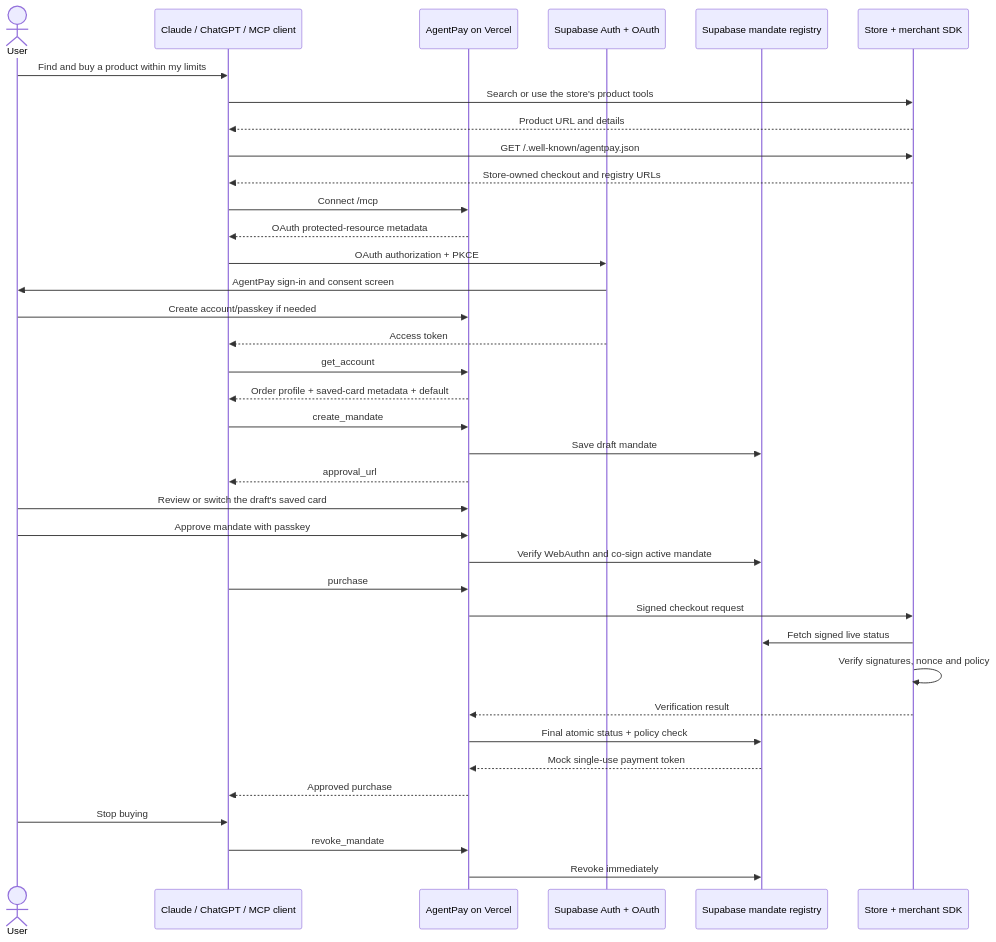
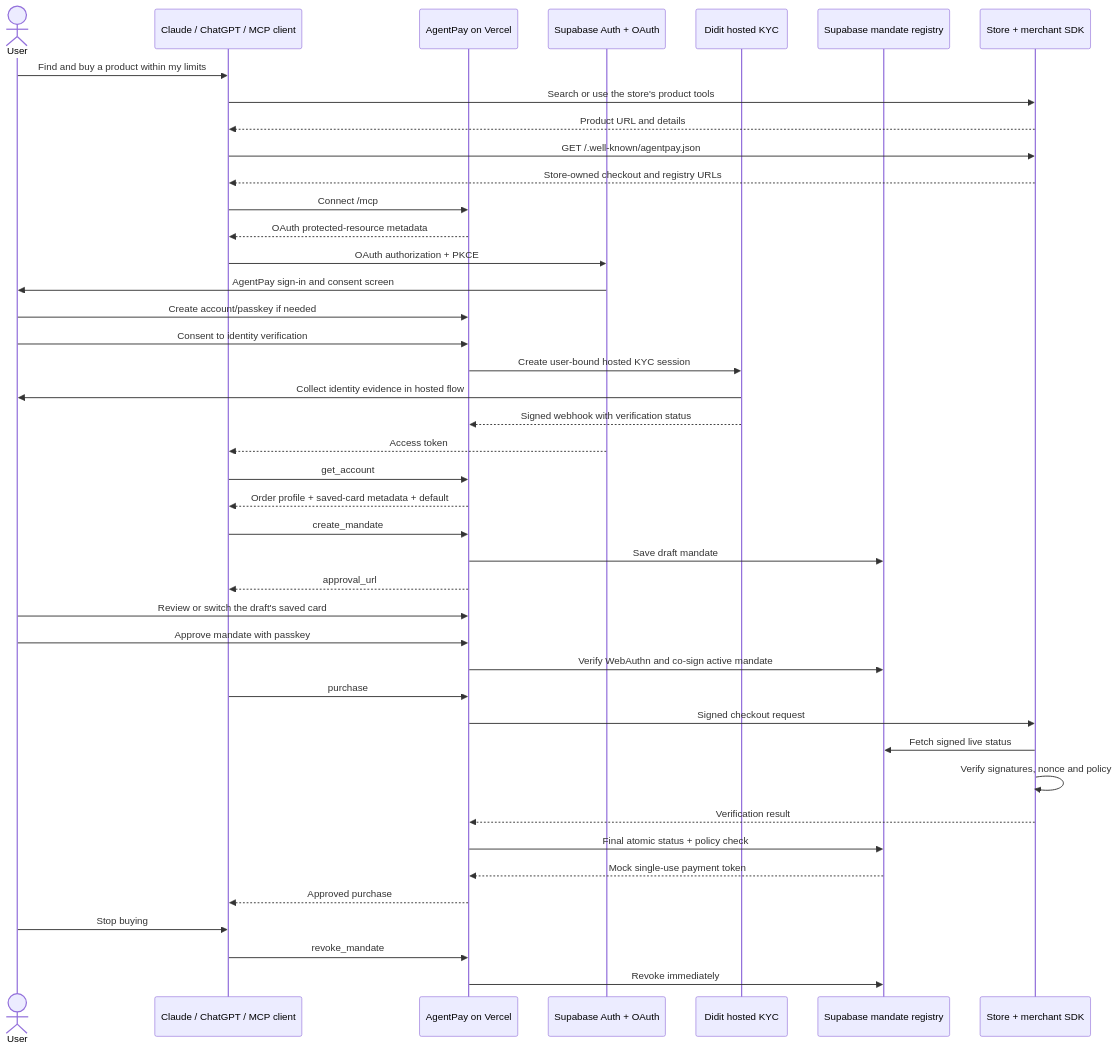
The diagram in docs/architecture.md (pedroschott/hackatonyuno), drawn with Mermaid before and after one commit. The commit also changed other lines of this file and 16 other files, not shown here.

Commit message:
feat: add Didit KYC verification flow

````diff
--- a/docs/architecture.md
+++ b/docs/architecture.md
@@ -3,40 +3,45 @@
 ```mermaid
 sequenceDiagram
     actor User
     participant Agent as Claude / ChatGPT / MCP client
     participant AgentPay as AgentPay on Vercel
     participant Auth as Supabase Auth + OAuth
+    participant KYC as Didit hosted KYC
     participant Registry as Supabase mandate registry
     participant Store as Store + merchant SDK
 
     User->>Agent: Find and buy a product within my limits
     Agent->>Store: Search or use the store's product tools
     Store-->>Agent: Product URL and details
     Agent->>Store: GET /.well-known/agentpay.json
     Store-->>Agent: Store-owned checkout and registry URLs
     Agent->>AgentPay: Connect /mcp
     AgentPay-->>Agent: OAuth protected-resource metadata
     Agent->>Auth: OAuth authorization + PKCE
     Auth->>User: AgentPay sign-in and consent screen
     User->>AgentPay: Create account/passkey if needed
+    User->>AgentPay: Consent to identity verification
+    AgentPay->>KYC: Create user-bound hosted KYC session
+    KYC->>User: Collect identity evidence in hosted flow
+    KYC-->>AgentPay: Signed webhook with verification status
     Auth-->>Agent: Access token
     Agent->>AgentPay: get_account
     AgentPay-->>Agent: Order profile + saved-card metadata + default
     Agent->>AgentPay: create_mandate
     AgentPay->>Registry: Save draft mandate
     AgentPay-->>Agent: approval_url
     User->>AgentPay: Review or switch the draft's saved card
     User->>AgentPay: Approve mandate with passkey
     AgentPay->>Registry: Verify WebAuthn and co-sign active mandate
     Agent->>AgentPay: purchase
     AgentPay->>Store: Signed checkout request
     Store->>Registry: Fetch signed live status
     Store->>Store: Verify signatures, nonce and policy
     Store-->>AgentPay: Verification result
     AgentPay->>Registry: Final atomic status + policy check
     Registry-->>AgentPay: Mock single-use payment token
     AgentPay-->>Agent: Approved purchase
     User->>Agent: Stop buying
     Agent->>AgentPay: revoke_mandate
     AgentPay->>Registry: Revoke immediately
 ```
````
